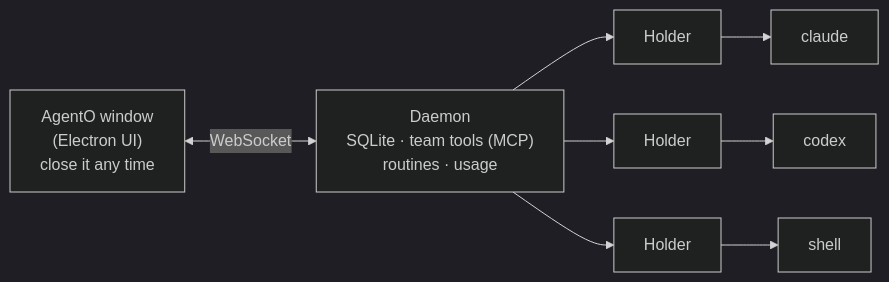
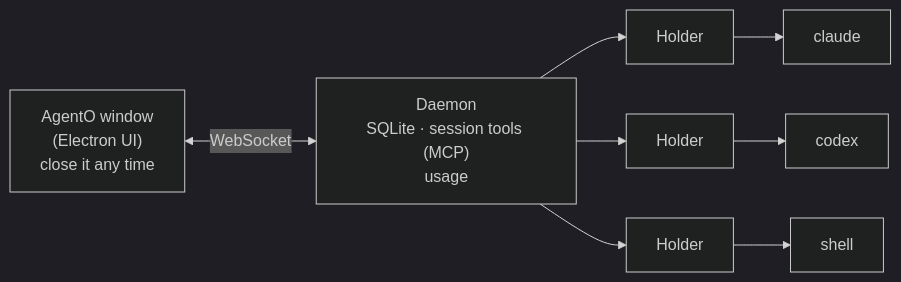
The first of 2 diagrams in README.md (dongliquan/AgentO), drawn with Mermaid (dark theme) before and after one commit. The commit also changed other lines of this file and 85 other files, not shown here.

First line of the commit message:
AgentO 2.0: Remove team hierarchy

````diff
--- a/README.md
+++ b/README.md
@@ -49,7 +49,7 @@
 ```mermaid
 flowchart LR
-  UI["AgentO window<br/>(Electron UI)<br/>close it any time"] <-->|WebSocket| D["Daemon<br/>SQLite · team tools (MCP)<br/>routines · usage"]
+  UI["AgentO window<br/>(Electron UI)<br/>close it any time"] <-->|WebSocket| D["Daemon<br/>SQLite · session tools (MCP)<br/>usage"]
   D --> H1["Holder"] --> A1["claude"]
   D --> H2["Holder"] --> A2["codex"]
   D --> H3["Holder"] --> A3["shell"]
 ```
````
